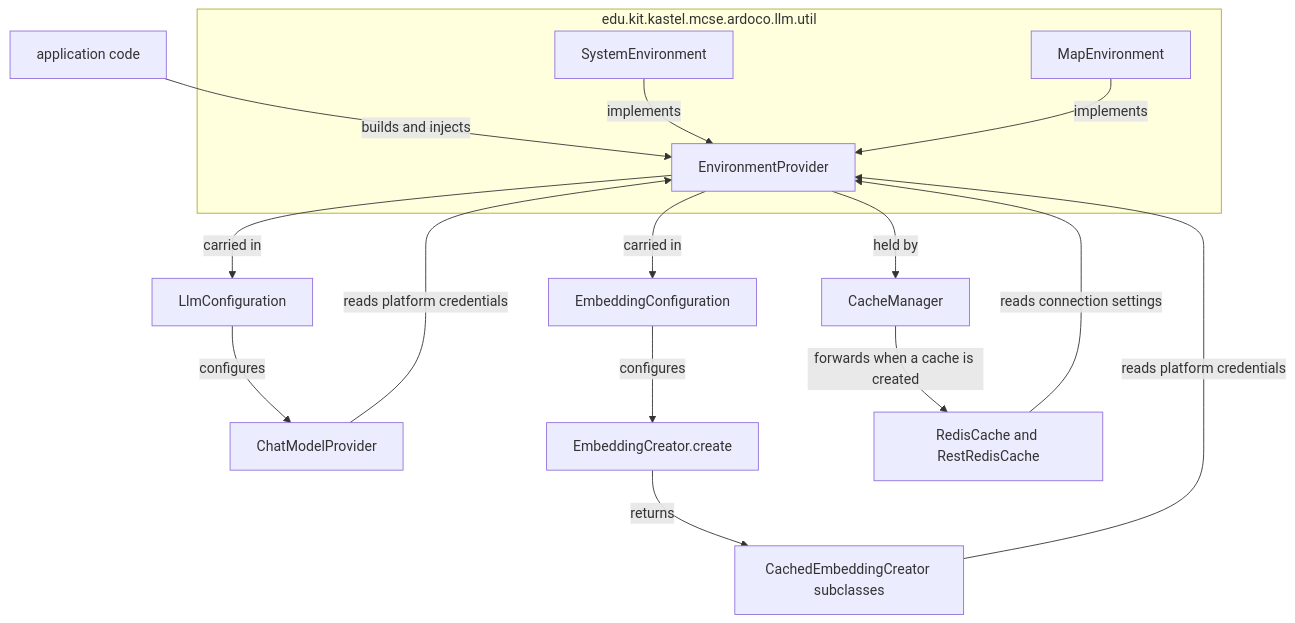
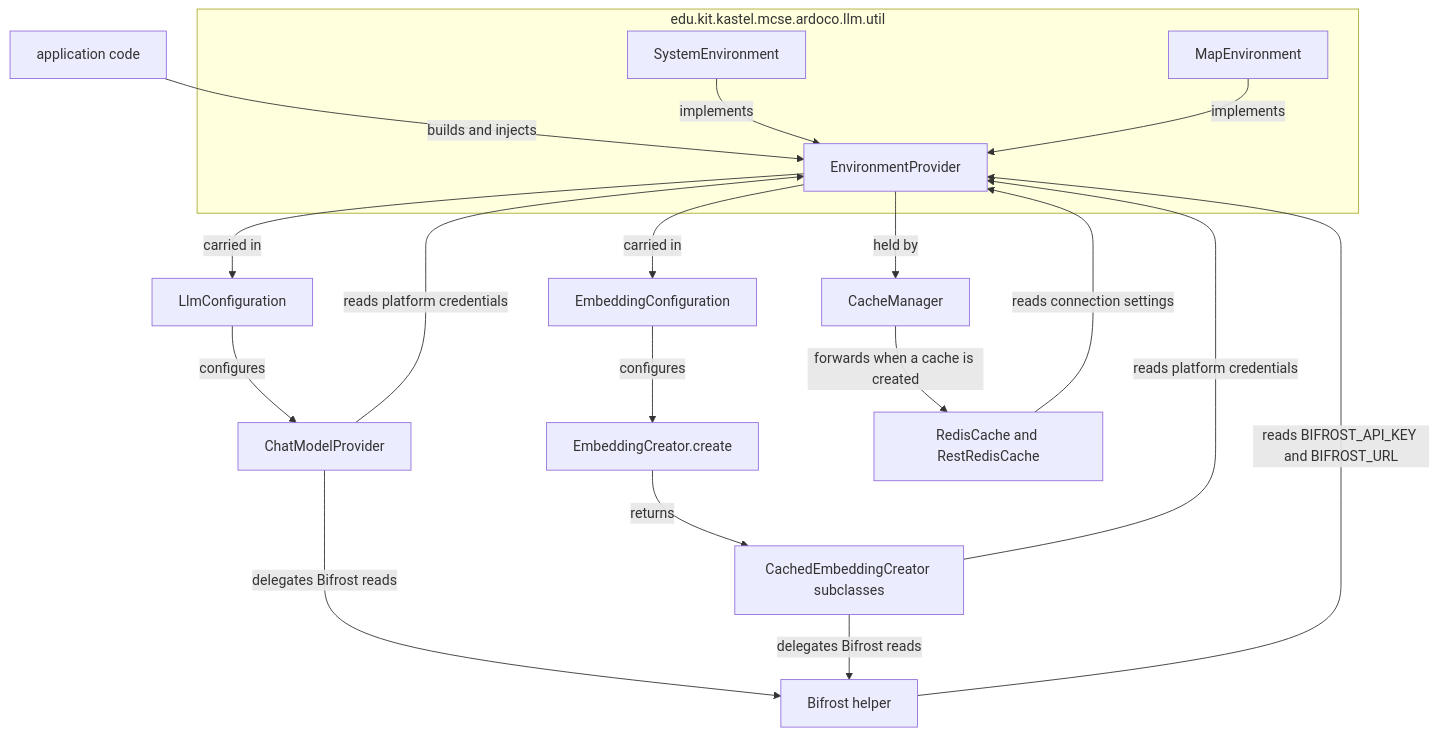
One commit to ardoco/llm-access changed the second of 2 diagrams in openwiki/concepts/environment-provider.md. Above: the diagram before and after it, drawn with Mermaid. The commit also changed other lines of this file and 31 other files, not shown here.

````diff
--- a/openwiki/concepts/environment-provider.md
+++ b/openwiki/concepts/environment-provider.md
@@ -176,32 +186,36 @@
 ```mermaid
 flowchart TD
     APP["application code"]
 
     subgraph SEAM["edu.kit.kastel.mcse.ardoco.llm.util"]
         IFACE["EnvironmentProvider"]
         SYS["SystemEnvironment"]
         MAP["MapEnvironment"]
     end
 
     LLM["LlmConfiguration"]
     EMB["EmbeddingConfiguration"]
     PROV["ChatModelProvider"]
+    BF["Bifrost helper"]
     FACTORY["EmbeddingCreator.create"]
     CEC["CachedEmbeddingCreator subclasses"]
     MGR["CacheManager"]
     BACKENDS["RedisCache and RestRedisCache"]
 
     APP -- "builds and injects" --> IFACE
     SYS -- "implements" --> IFACE
     MAP -- "implements" --> IFACE
     IFACE -- "carried in" --> LLM
     IFACE -- "carried in" --> EMB
     IFACE -- "held by" --> MGR
     LLM -- "configures" --> PROV
     EMB -- "configures" --> FACTORY
     FACTORY -- "returns" --> CEC
+    PROV -- "delegates Bifrost reads" --> BF
+    CEC -- "delegates Bifrost reads" --> BF
     MGR -- "forwards when a cache is created" --> BACKENDS
     PROV -- "reads platform credentials" --> IFACE
     CEC -- "reads platform credentials" --> IFACE
+    BF -- "reads BIFROST_API_KEY and BIFROST_URL" --> IFACE
     BACKENDS -- "reads connection settings" --> IFACE
 ```
````
